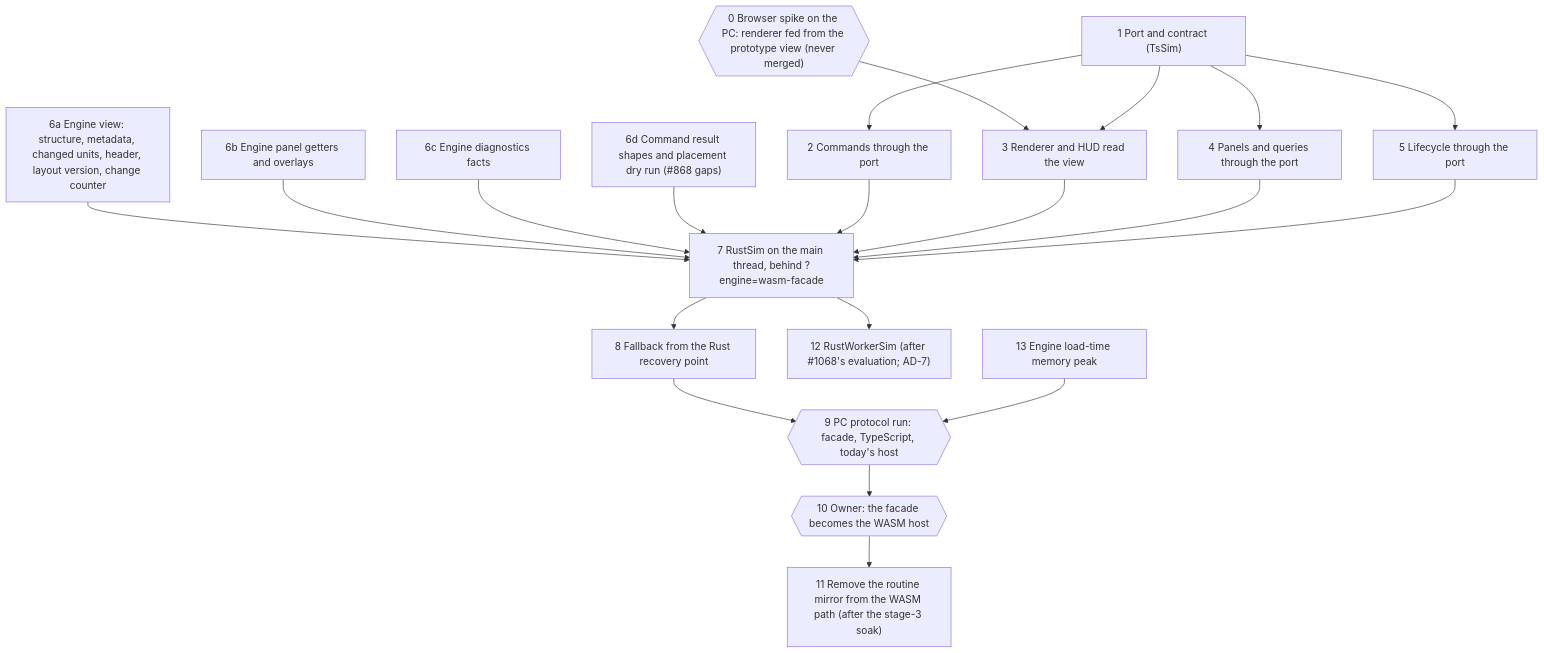
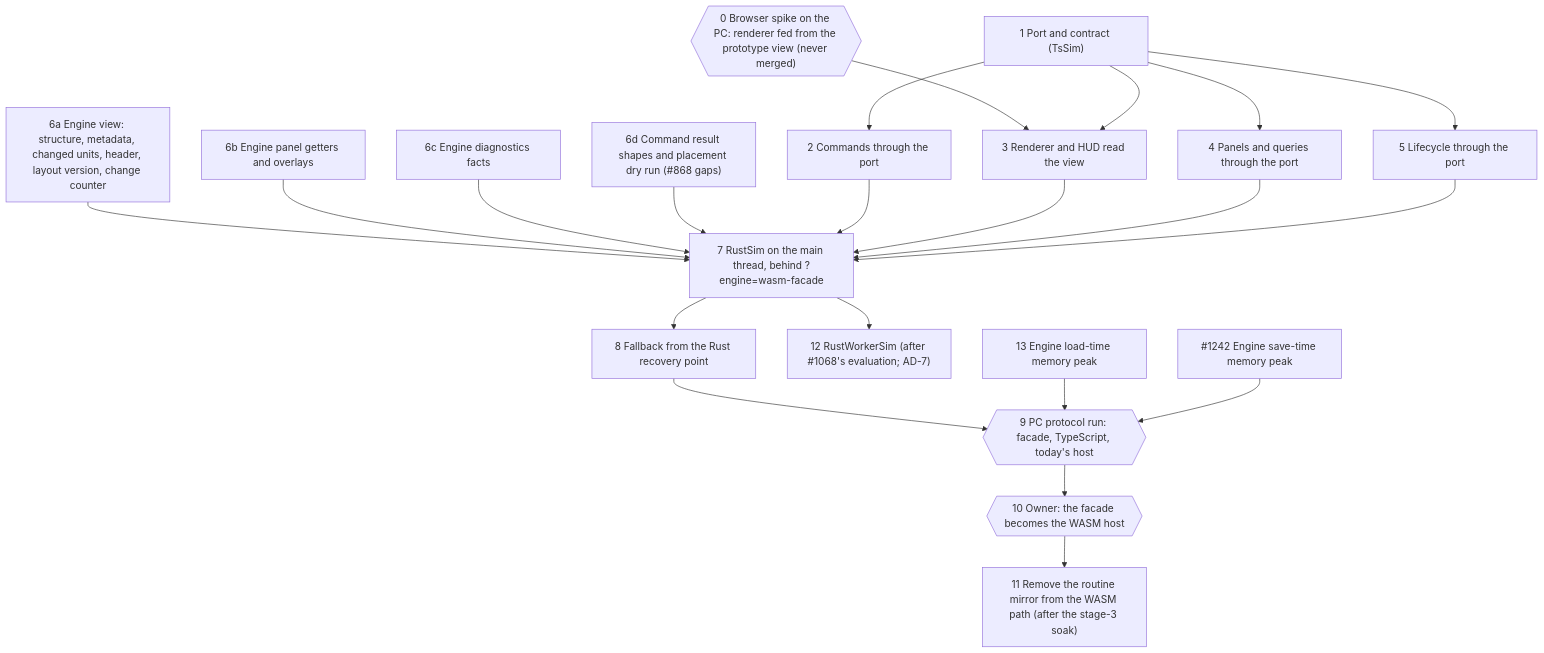
The diagram in _bmad-output/planning-artifacts/architecture/architecture-rust-facade-2026-10-20/slice-plan.md (maniator/verticopolis), drawn with Mermaid before and after one commit. The commit also changed other lines of this file and 1 other file, not shown here.

First line of the commit message:
Slice plan: #1242 joins slice 13 before slice 9's run

````diff
--- a/_bmad-output/planning-artifacts/architecture/architecture-rust-facade-2026-10-20/slice-plan.md
+++ b/_bmad-output/planning-artifacts/architecture/architecture-rust-facade-2026-10-20/slice-plan.md
@@ -31,22 +31,23 @@
 ```mermaid
 flowchart TD
   SP0{{"0 Browser spike on the PC: renderer fed from the prototype view (never merged)"}} --> S3
   S1["1 Port and contract (TsSim)"] --> S2["2 Commands through the port"]
   S1 --> S3["3 Renderer and HUD read the view"]
   S1 --> S4["4 Panels and queries through the port"]
   S1 --> S5["5 Lifecycle through the port"]
   S6A["6a Engine view: structure, metadata, changed units, header, layout version, change counter"] --> S7
   S6B["6b Engine panel getters and overlays"] --> S7
   S6C["6c Engine diagnostics facts"] --> S7
   S6D["6d Command result shapes and placement dry run (#868 gaps)"] --> S7
   S2 --> S7["7 RustSim on the main thread, behind ?engine=wasm-facade"]
   S3 --> S7
   S4 --> S7
   S5 --> S7
   S7 --> S8["8 Fallback from the Rust recovery point"]
   S8 --> RUN{{"9 PC protocol run: facade, TypeScript, today's host"}}
   RUN --> S10{{"10 Owner: the facade becomes the WASM host"}}
   S10 --> S11["11 Remove the routine mirror from the WASM path (after the stage-3 soak)"]
   S7 --> S12["12 RustWorkerSim (after #1068's evaluation; AD-7)"]
   S13["13 Engine load-time memory peak"] --> RUN
+  I1242["#1242 Engine save-time memory peak"] --> RUN
 ```
````
